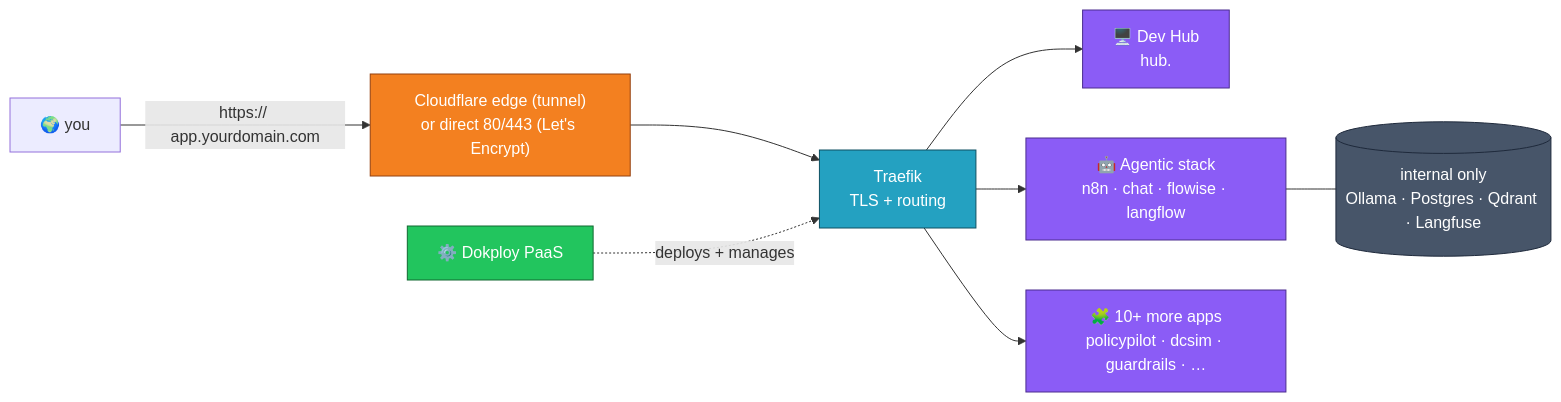
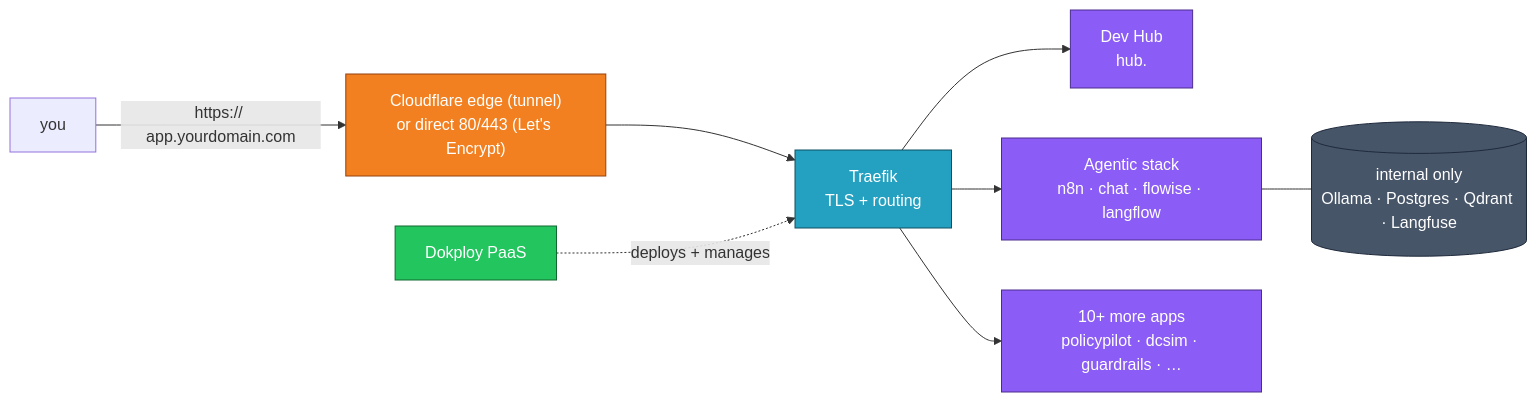
Before and after one commit to alshawwaf/ubuntu-dokploy-ai: the first of 2 diagrams in README.md, drawn with Mermaid. The commit also changed other lines of this file, not shown here.

````diff
--- a/README.md
+++ b/README.md
@@ -43,21 +31,21 @@
 ```mermaid
 flowchart LR
-    U["🌍 you"] -->|"https:// app.yourdomain.com"| E["Cloudflare edge (tunnel)<br/>or direct 80/443 (Let's Encrypt)"]
+    U["you"] -->|"https:// app.yourdomain.com"| E["Cloudflare edge (tunnel)<br/>or direct 80/443 (Let's Encrypt)"]
     E --> T["Traefik<br/>TLS + routing"]
-    T --> H["🖥️ Dev Hub<br/>hub."]
-    T --> A["🤖 Agentic stack<br/>n8n · chat · flowise · langflow"]
-    T --> P["🧩 10+ more apps<br/>policypilot · dcsim · guardrails · …"]
-    DK["⚙️ Dokploy PaaS"] -.deploys + manages.-> T
+    T --> H["Dev Hub<br/>hub."]
+    T --> A["Agentic stack<br/>n8n · chat · flowise · langflow"]
+    T --> P["10+ more apps<br/>policypilot · dcsim · guardrails · …"]
+    DK["Dokploy PaaS"] -.deploys + manages.-> T
     A --- I[("internal only<br/>Ollama · Postgres · Qdrant · Langfuse")]
 
     classDef edge fill:#F38020,stroke:#94400f,color:#fff
     classDef proxy fill:#24A1C1,stroke:#0e5162,color:#fff
     classDef app fill:#8B5CF6,stroke:#4c2d8f,color:#fff
     classDef paas fill:#22C55E,stroke:#116931,color:#fff
     classDef db fill:#475569,stroke:#1e293b,color:#fff
     class E edge
     class T proxy
     class H,A,P app
     class DK paas
     class I db
 ```
````
